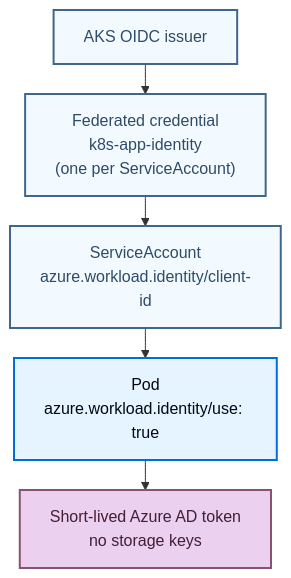
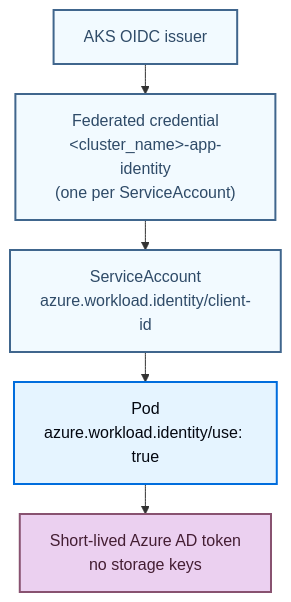
Before and after one commit to langchain-ai/docs: the first of 2 diagrams in src/langsmith/self-host-terraform-azure-architecture.mdx, drawn with Mermaid. The commit also changed other lines of this file and 5 other files, not shown here.

````diff
--- a/src/langsmith/self-host-terraform-azure-architecture.mdx
+++ b/src/langsmith/self-host-terraform-azure-architecture.mdx
@@ -203,18 +203,18 @@
 ```mermaid actions={false}
 %%{init: {'flowchart': {'nodeSpacing': 25, 'rankSpacing': 30}}}%%
 graph TB
     OIDC["AKS OIDC issuer"]
-    Fed["Federated credential<br/>k8s-app-identity<br/>(one per ServiceAccount)"]
+    Fed["Federated credential<br/>#lt;cluster_name#gt;-app-identity<br/>(one per ServiceAccount)"]
     SA["ServiceAccount<br/>azure.workload.identity/client-id"]
     Pod["Pod<br/>azure.workload.identity/use: true"]
     Token["Short-lived Azure AD token<br/>no storage keys"]
     OIDC --> Fed --> SA --> Pod --> Token
 
     classDef process fill:#E5F4FF,stroke:#006DDD,stroke-width:2px,color:#030710
     classDef neutral fill:#F2FAFF,stroke:#40668D,stroke-width:2px,color:#2F4B68
     classDef output fill:#EBD0F0,stroke:#885270,stroke-width:2px,color:#441E33
 
     class OIDC,Fed,SA neutral
     class Pod process
     class Token output
 ```
````
